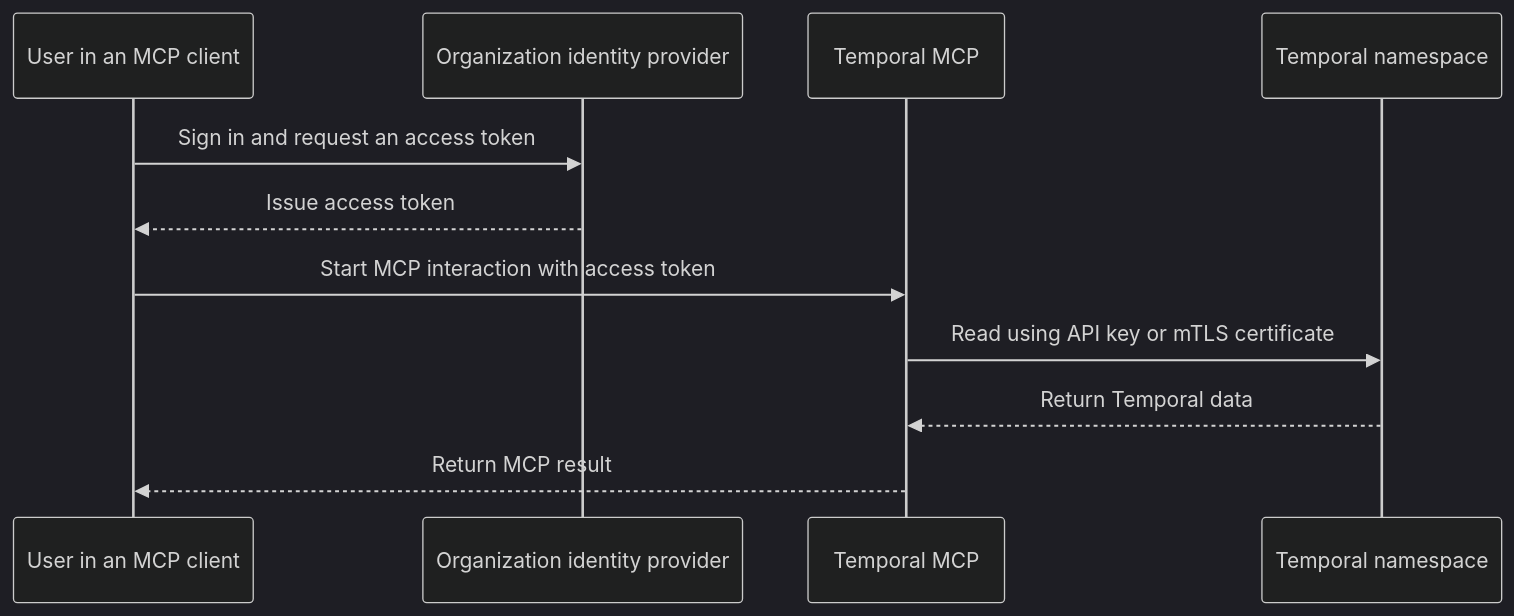
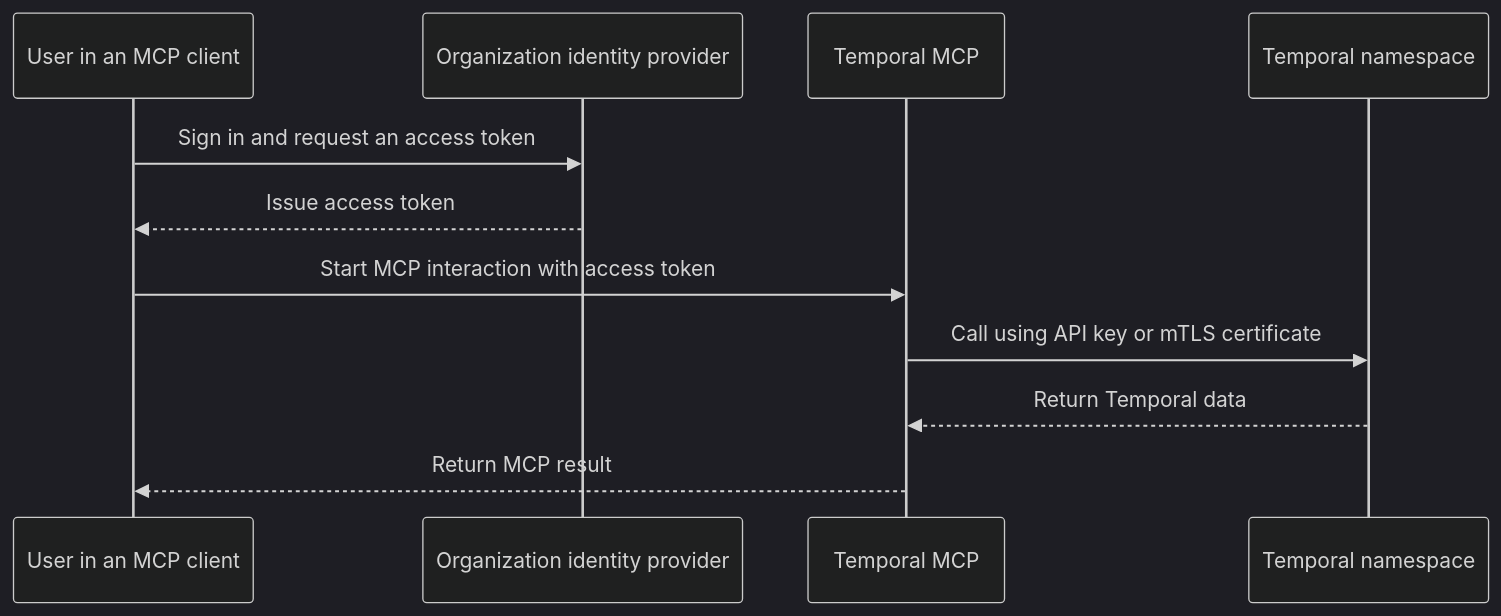
Before and after one commit to temporalio/temporal-mcp: the diagram in docs/deployment.md, drawn with Mermaid (dark theme). The commit also changed other lines of this file and 22 other files, not shown here.

````diff
--- a/docs/deployment.md
+++ b/docs/deployment.md
@@ -36,14 +36,14 @@
 ```mermaid
 sequenceDiagram
     participant User as User in an MCP client
     participant IdP as Organization identity provider
     participant MCP as Temporal MCP
     participant Temporal as Temporal namespace
 
     User->>IdP: Sign in and request an access token
     IdP-->>User: Issue access token
     User->>MCP: Start MCP interaction with access token
-    MCP->>Temporal: Read using API key or mTLS certificate
+    MCP->>Temporal: Call using API key or mTLS certificate
     Temporal-->>MCP: Return Temporal data
     MCP-->>User: Return MCP result
 ```
````
